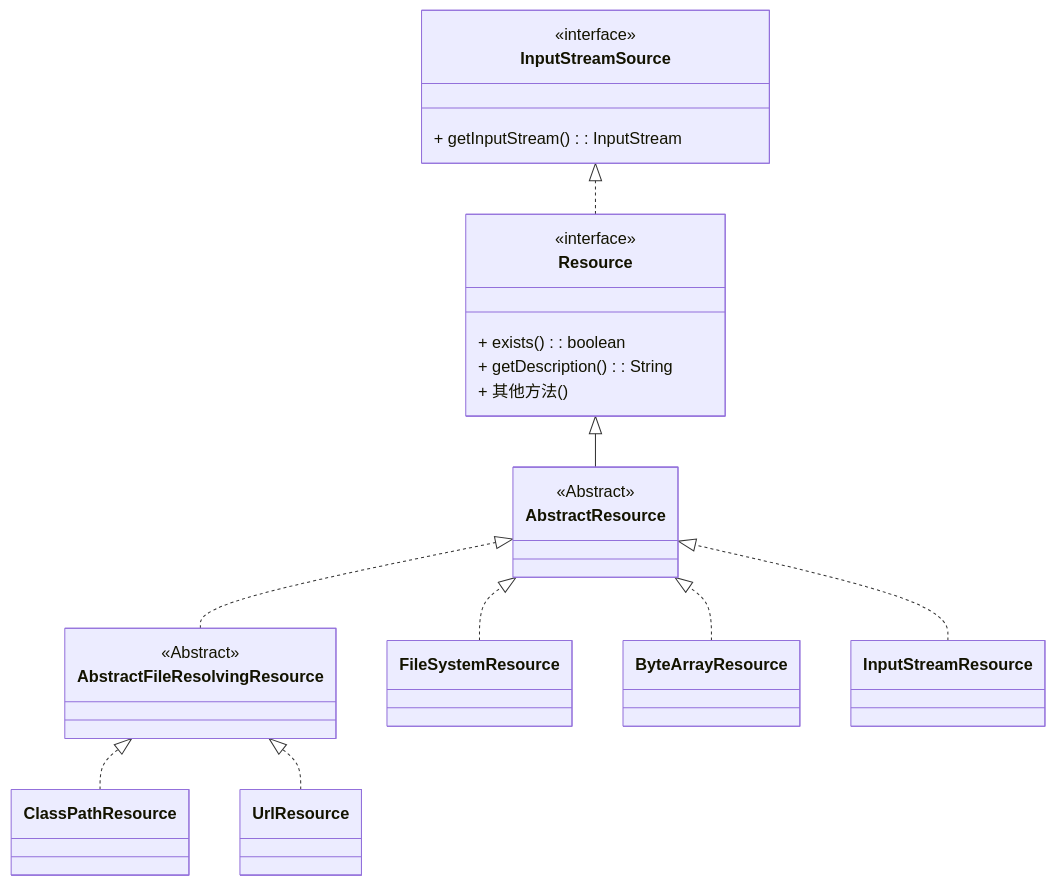
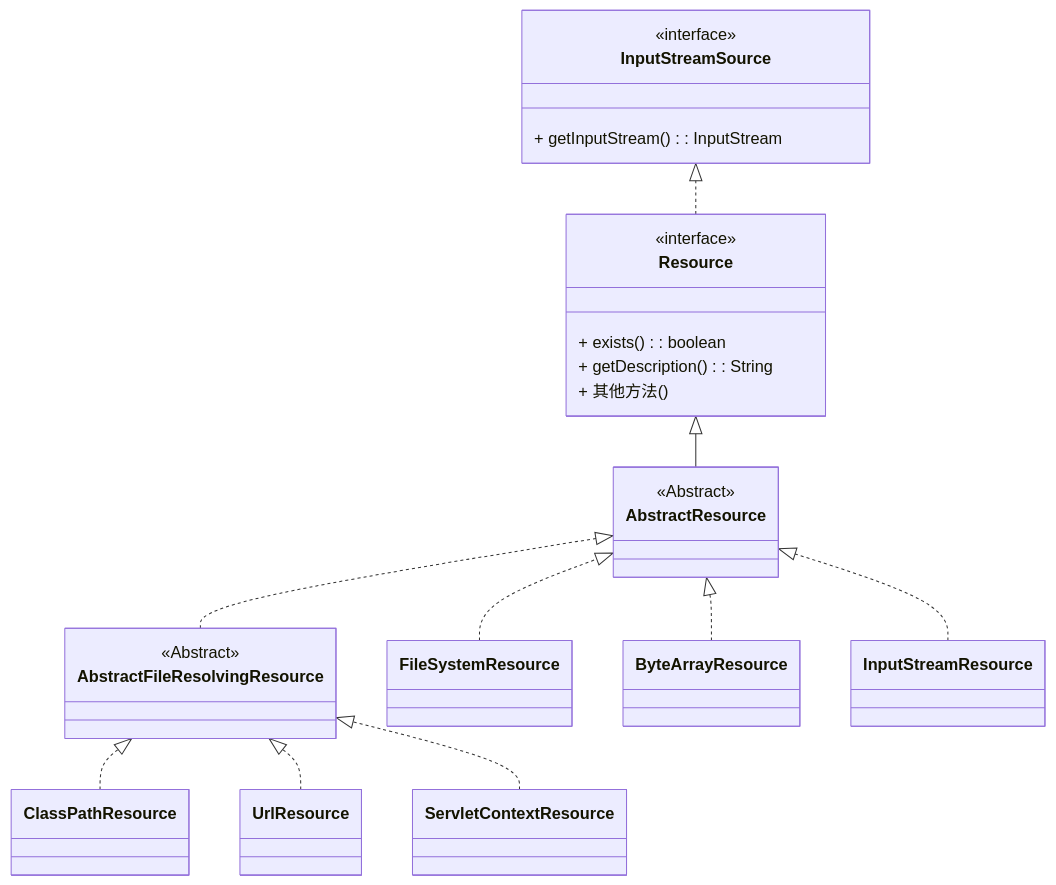
One commit to xuchengsheng/spring-reading changed the diagram in spring-resources/spring-resource/README.md. Above: the diagram before and after it, drawn with Mermaid.

Commit message:
Resource源码分析

```diff
--- a/spring-resources/spring-resource/README.md
+++ b/spring-resources/spring-resource/README.md
@@ -165,47 +165,51 @@
 ~~~mermaid
 classDiagram
     direction BT
     
     class InputStreamSource{
     	<<interface>>
     	+ getInputStream(): InputStream
     }
     
     class Resource {
     	<<interface>>
         + exists(): boolean
         + getDescription(): String
         + 其他方法()
     }
     Resource ..|> InputStreamSource
 
     class AbstractResource {
     	<<Abstract>>
     }
     AbstractResource --|> Resource
     
     class AbstractFileResolvingResource {
     	<<Abstract>>
     }
     AbstractFileResolvingResource ..|> AbstractResource
 
     class ClassPathResource {
     }
     ClassPathResource ..|> AbstractFileResolvingResource
     
     class FileSystemResource {
     }
     FileSystemResource ..|> AbstractResource
     
     class UrlResource {
     }
     UrlResource ..|> AbstractFileResolvingResource
     
     class ByteArrayResource {
     }
     ByteArrayResource ..|> AbstractResource
     
     class InputStreamResource {
     }
     InputStreamResource ..|> AbstractResource
+    
+    class ServletContextResource {
+    }
+    ServletContextResource ..|> AbstractFileResolvingResource
 ~~~
```
